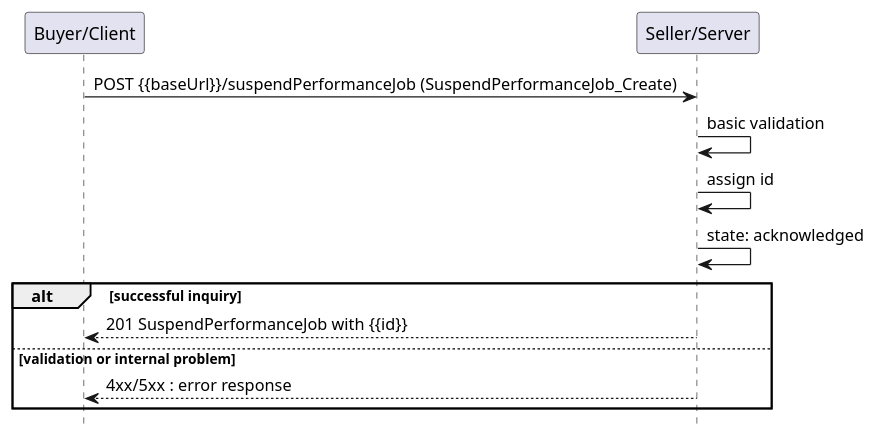
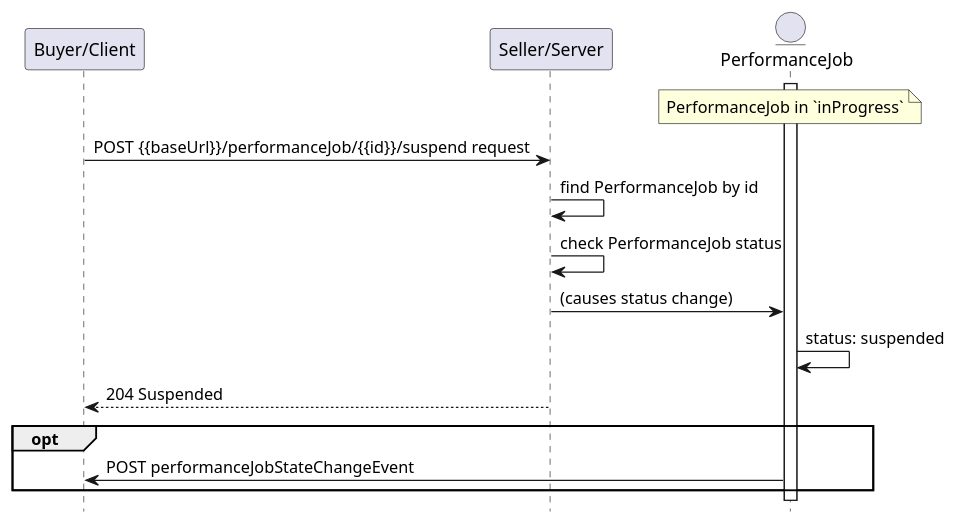
The diagram in documentation/serviceApi/pm/performance/media/src/useCase15.puml (MEF-GIT/MEF-LSO-Interlude-SDK), drawn with PlantUML before and after one commit. The commit also changed 122 other files, not shown here.

```diff
--- a/documentation/serviceApi/pm/performance/media/src/useCase15.puml
+++ b/documentation/serviceApi/pm/performance/media/src/useCase15.puml
@@ -1,20 +1,27 @@
 @startuml useCase15
 
 
 hide footbox
 
 participant "Buyer/Client" as B
 participant "Seller/Server" as S
 
-B -> S : POST {{baseUrl}}/suspendPerformanceJob (SuspendPerformanceJob_Create)
+entity "PerformanceJob" as PJ
+activate PJ
 
-S -> S : basic validation
-S -> S : assign id
-S -> S : state: acknowledged
-alt successful inquiry
-    B <-- S : 201 SuspendPerformanceJob with {{id}}
-else validation or internal problem
-    B <-- S: 4xx/5xx : error response
+note over PJ: PerformanceJob in `inProgress`
+
+B -> S : POST {{baseUrl}}/performanceJob/{{id}}/suspend request
+
+S -> S : find PerformanceJob by id
+S -> S : check PerformanceJob status
+S -> PJ : (causes status change)
+PJ -> PJ: status: suspended 
+
+B <-- S : 204 Suspended
+
+opt
+    PJ -> B: POST performanceJobStateChangeEvent
 end
 
 @enduml
```
